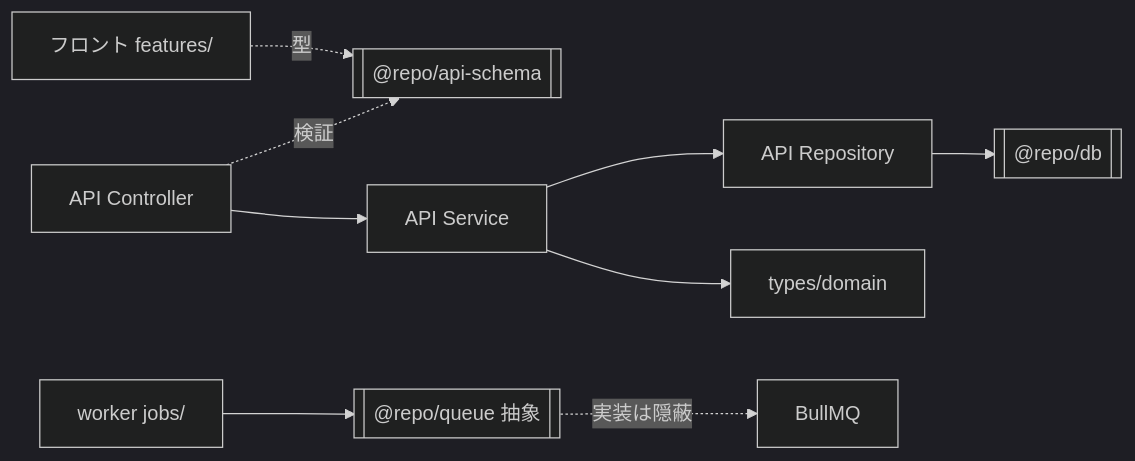
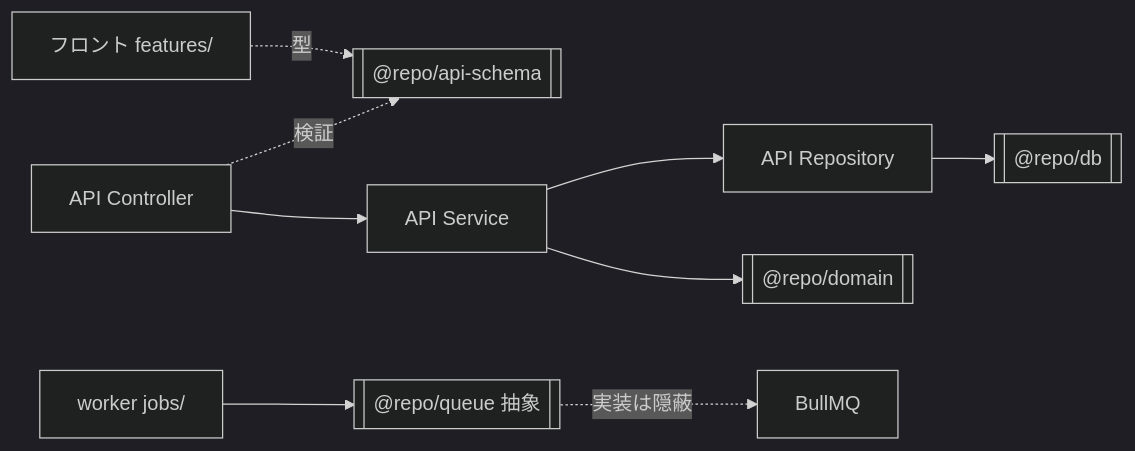
The diagram in docs/onboarding/imports.md (kentakki416/project-template), drawn with Mermaid (dark theme) before and after one commit. The commit also changed other lines of this file and 32 other files, not shown here.

First line of the commit message:
refactor: ドメイン型を @repo/domain に集約し worker の Prisma 型露出を止める

````diff
--- a/docs/onboarding/imports.md
+++ b/docs/onboarding/imports.md
@@ -57,11 +57,11 @@
 ```mermaid
 graph LR
     front["フロント features/"] -.型.-> schema[["@repo/api-schema"]]
     ctrl["API Controller"] -.検証.-> schema
     ctrl --> svc["API Service"]
     svc --> repo["API Repository"]
-    svc --> domain["types/domain"]
+    svc --> domain[["@repo/domain"]]
     repo --> db[["@repo/db"]]
     jobs["worker jobs/"] --> queue[["@repo/queue 抽象"]]
     queue -.実装は隠蔽.-> bullmq[BullMQ]
 ```
````
